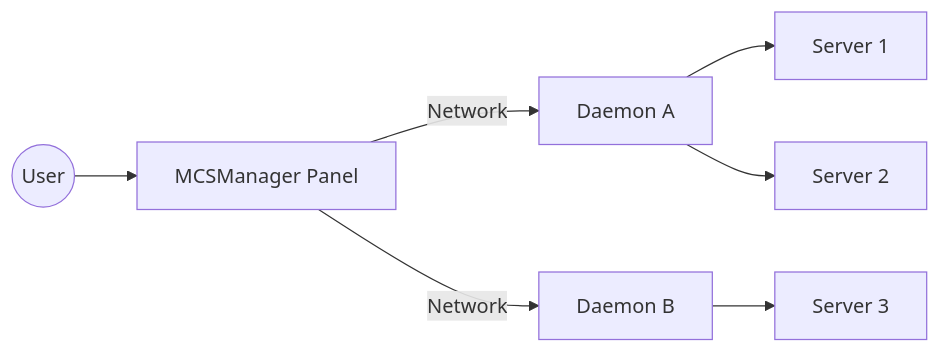
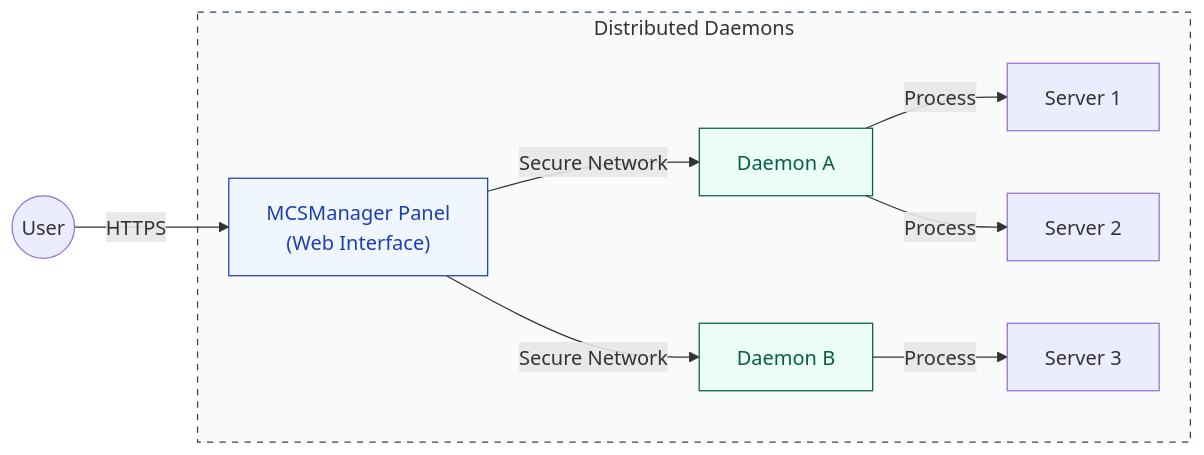
The second of 3 diagrams in docs/source/vps_hosting.rst (Earth1283/OpenWiki), drawn with Mermaid before and after one commit. The commit also changed other lines of this file and 5 other files, not shown here.

Commit message:
added more mermaids

```diff
--- a/docs/source/vps_hosting.rst
+++ b/docs/source/vps_hosting.rst
@@ -37,9 +39,17 @@
 .. mermaid::
 
    graph LR
-       User((User)) --> Panel[MCSManager Panel]
-       Panel -- Network --> Daemon1[Daemon A]
-       Panel -- Network --> Daemon2[Daemon B]
-       Daemon1 --> S1[Server 1]
-       Daemon1 --> S2[Server 2]
-       Daemon2 --> S3[Server 3]
+       User((User)) -- HTTPS --> Panel["MCSManager Panel<br/>(Web Interface)"]
+       
+       subgraph Remote_Nodes [Distributed Daemons]
+           Panel -- "Secure Network" --> Daemon1[Daemon A]
+           Panel -- "Secure Network" --> Daemon2[Daemon B]
+           Daemon1 -- Process --> S1[Server 1]
+           Daemon1 -- Process --> S2[Server 2]
+           Daemon2 -- Process --> S3[Server 3]
+       end
+       
+       style Remote_Nodes fill:#f9fafb,stroke:#374151,stroke-dasharray: 5 5
+       style Panel fill:#eff6ff,stroke:#1e40af,color:#1e40af
+       style Daemon1 fill:#ecfdf5,stroke:#065f46,color:#065f46
+       style Daemon2 fill:#ecfdf5,stroke:#065f46,color:#065f46
```
